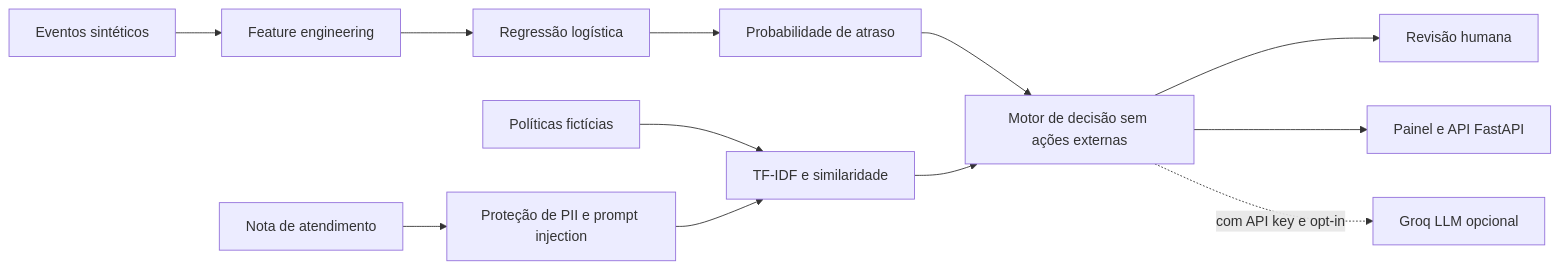
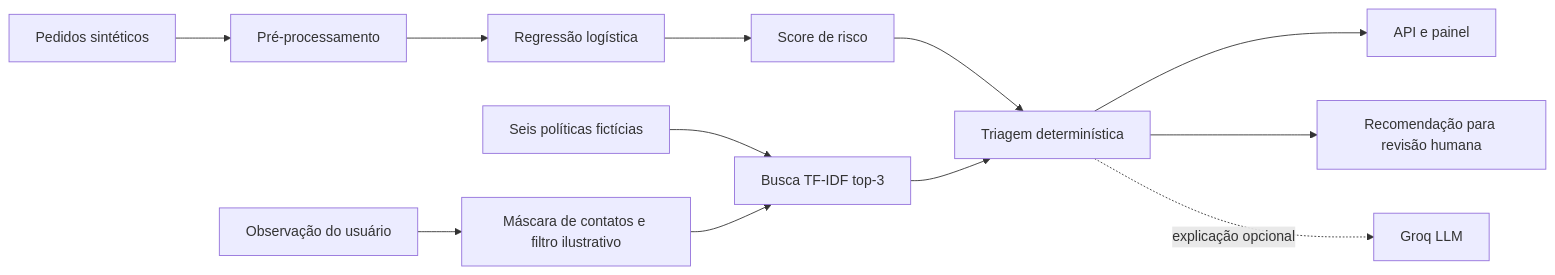
The diagram in docs/ARQUITETURA.md (lucastnunes06/pedidopulse-ai-operations), drawn with Mermaid before and after one commit. The commit also changed other lines of this file and 15 other files, not shown here.

````diff
--- a/docs/ARQUITETURA.md
+++ b/docs/ARQUITETURA.md
@@ -3,14 +5,14 @@
 ```mermaid
 flowchart LR
-    A[Eventos sintéticos] --> B[Feature engineering]
+    A[Pedidos sintéticos] --> B[Pré-processamento]
     B --> C[Regressão logística]
-    C --> D[Probabilidade de atraso]
-    D --> E[Motor de decisão sem ações externas]
-    F[Políticas fictícias] --> G[TF-IDF e similaridade]
+    C --> D[Score de risco]
+    D --> E[Triagem determinística]
+    F[Seis políticas fictícias] --> G[Busca TF-IDF top-3]
     G --> E
-    H[Nota de atendimento] --> I[Proteção de PII e prompt injection]
+    H[Observação do usuário] --> I[Máscara de contatos e filtro ilustrativo]
     I --> G
-    E --> J[Revisão humana]
-    E --> K[Painel e API FastAPI]
-    E -. com API key e opt-in .-> L[Groq LLM opcional]
+    E --> J[API e painel]
+    E --> K[Recomendação para revisão humana]
+    E -. explicação opcional .-> L[Groq LLM]
 ```
````
